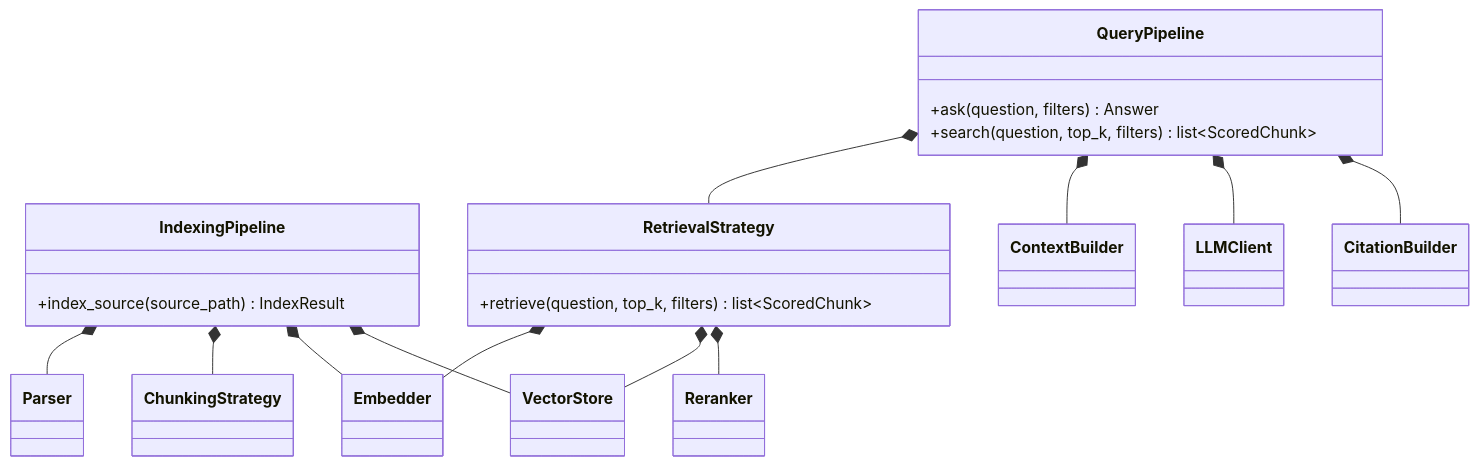
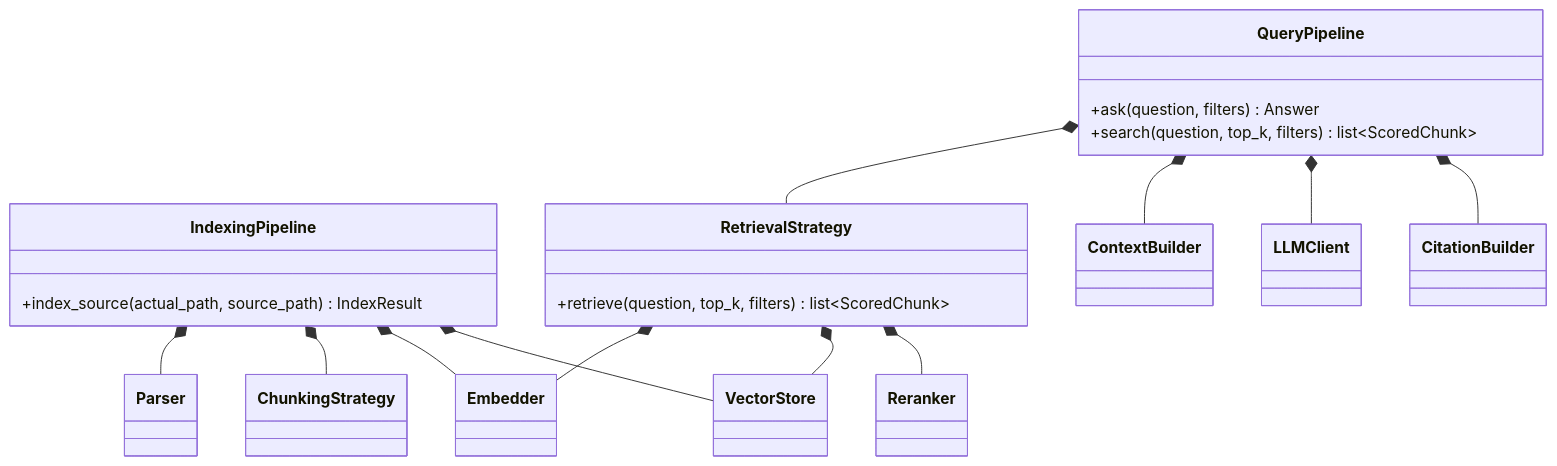
The third of 6 diagrams in system-design/architecture_contracts.md (biplovbhandari/earthrise-book-assistant), drawn with Mermaid before and after one commit. The commit also changed other lines of this file, not shown here.

````diff
--- a/system-design/architecture_contracts.md
+++ b/system-design/architecture_contracts.md
@@ -101,29 +101,29 @@
 ```mermaid
 classDiagram
   class IndexingPipeline {
-    +index_source(source_path) IndexResult
+    +index_source(actual_path, source_path) IndexResult
   }
 
   class QueryPipeline {
     +ask(question, filters) Answer
     +search(question, top_k, filters) list~ScoredChunk~
   }
 
   class RetrievalStrategy {
     +retrieve(question, top_k, filters) list~ScoredChunk~
   }
 
   IndexingPipeline *-- Parser
   IndexingPipeline *-- ChunkingStrategy
   IndexingPipeline *-- Embedder
   IndexingPipeline *-- VectorStore
 
   QueryPipeline *-- RetrievalStrategy
   QueryPipeline *-- ContextBuilder
   QueryPipeline *-- LLMClient
   QueryPipeline *-- CitationBuilder
 
   RetrievalStrategy *-- Embedder
   RetrievalStrategy *-- VectorStore
   RetrievalStrategy *-- Reranker
 ```
````
